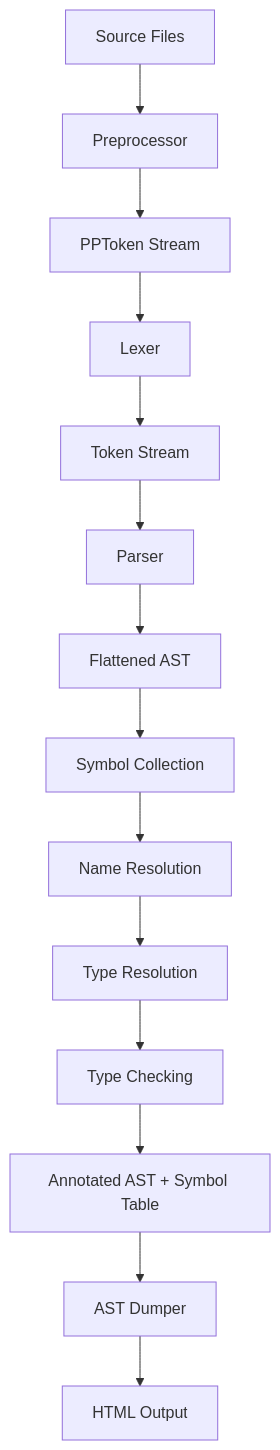
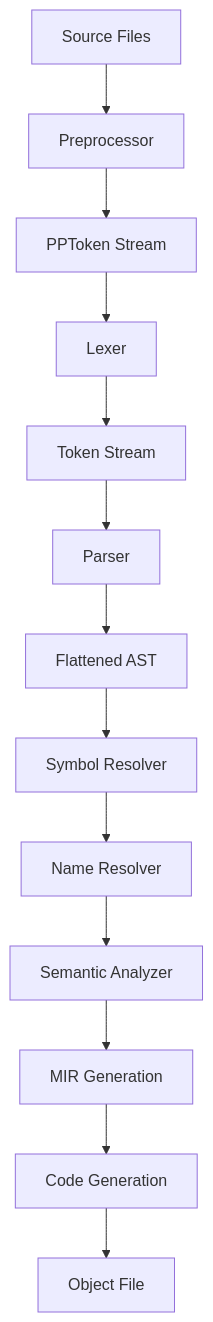
One commit to bungcip/cendol changed the diagram in design-document/main.md. Above: the diagram before and after it, drawn with Mermaid. The commit also changed other lines of this file and 9 other files, not shown here.

````diff
--- a/design-document/main.md
+++ b/design-document/main.md
@@ -31,16 +33,15 @@
 ```mermaid
 graph TD
     Source[Source Files] --> Preprocessor
     Preprocessor --> PPTokenStream[PPToken Stream]
     PPTokenStream --> Lexer
     Lexer --> TokenStream[Token Stream]
     TokenStream --> Parser
     Parser --> FlattenedAST[Flattened AST]
-    FlattenedAST --> SymbolCollection[Symbol Collection]
-    SymbolCollection --> NameResolution[Name Resolution]
-    NameResolution --> TypeResolution[Type Resolution]
-    TypeResolution --> TypeChecking[Type Checking]
-    TypeChecking --> AnnotatedAST[Annotated AST + Symbol Table]
-    AnnotatedAST --> ASTDumper[AST Dumper]
-    ASTDumper --> HTML[HTML Output]
+    FlattenedAST --> SymbolResolver[Symbol Resolver]
+    SymbolResolver --> NameResolver[Name Resolver]
+    NameResolver --> SemanticAnalyzer[Semantic Analyzer]
+    SemanticAnalyzer --> MIRGen[MIR Generation]
+    MIRGen --> CodeGen[Code Generation]
+    CodeGen --> ObjectFile[Object File]
 ```
````
